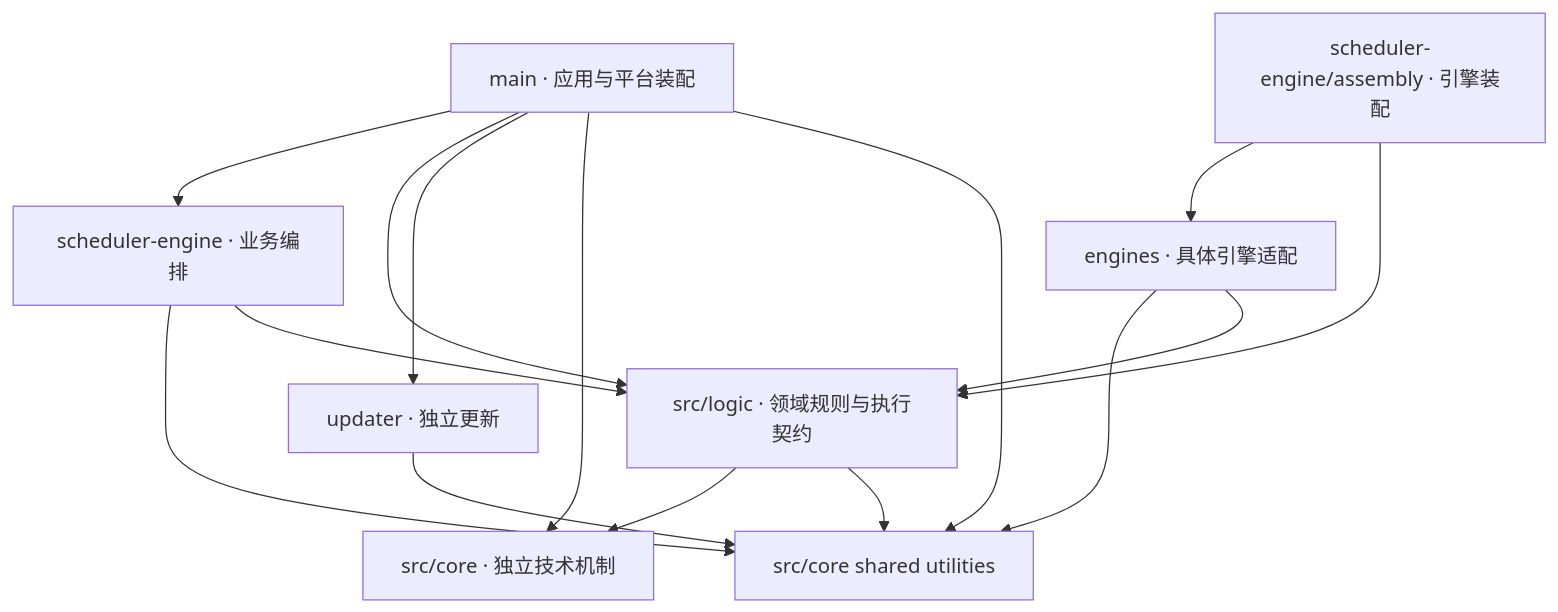
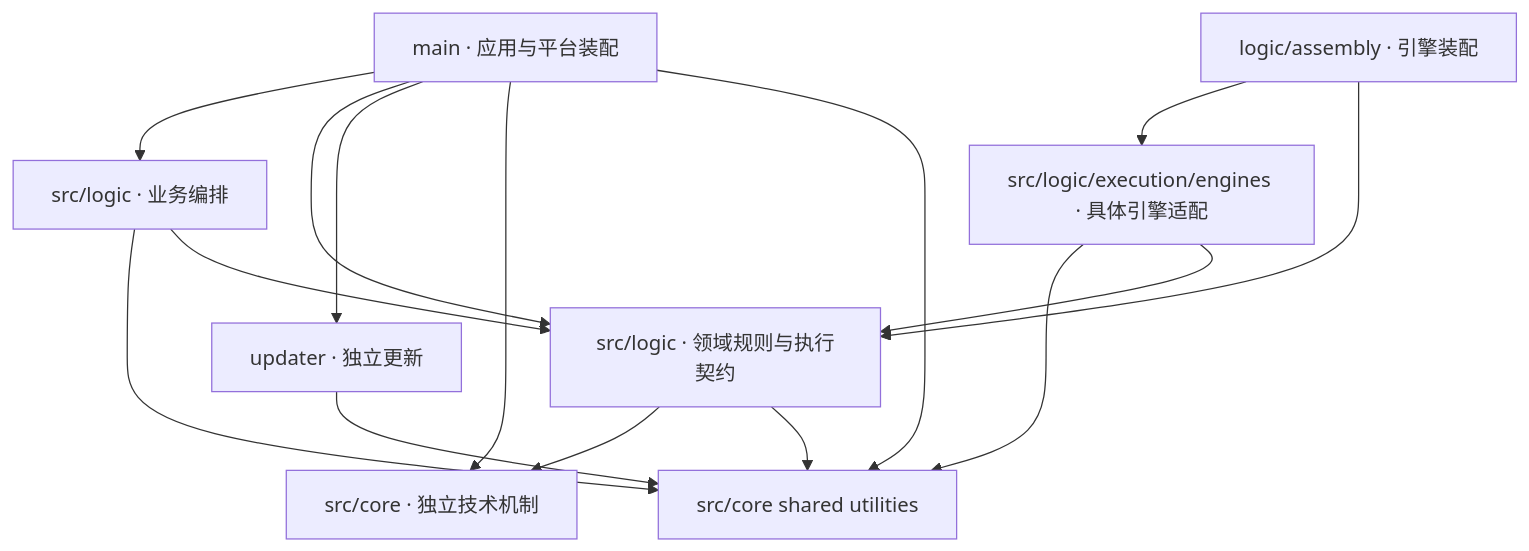
The diagram in src/backend/CONTRACT.md (nan023062/cbim), drawn with Mermaid before and after one commit. The commit also changed other lines of this file and 456 other files, not shown here.

````diff
--- a/src/backend/CONTRACT.md
+++ b/src/backend/CONTRACT.md
@@ -5,17 +5,17 @@
 ```mermaid
 flowchart TB
-  Main[main · 应用与平台装配] --> Scheduler[scheduler-engine · 业务编排]
+  Main[main · 应用与平台装配] --> Scheduler[src/logic · 业务编排]
   Main --> Core[src/logic · 领域规则与执行契约]
   Main --> Updater[updater · 独立更新]
   Main --> Foundations[src/core · 独立技术机制]
   Core --> Foundations
   Main --> Shared[src/core shared utilities]
   Core --> Shared
   Engines --> Shared
   Scheduler --> Shared
   Updater --> Shared
   Scheduler --> Core
-  Assembly[scheduler-engine/assembly · 引擎装配] --> Engines[engines · 具体引擎适配]
+  Assembly[logic/assembly · 引擎装配] --> Engines[src/logic/execution/engines · 具体引擎适配]
   Assembly --> Core
   Engines --> Core
 ```
````
